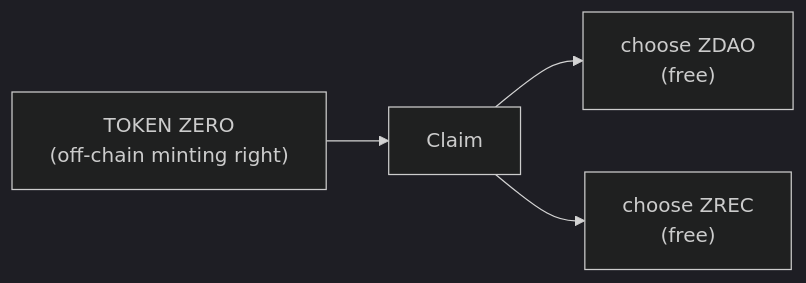
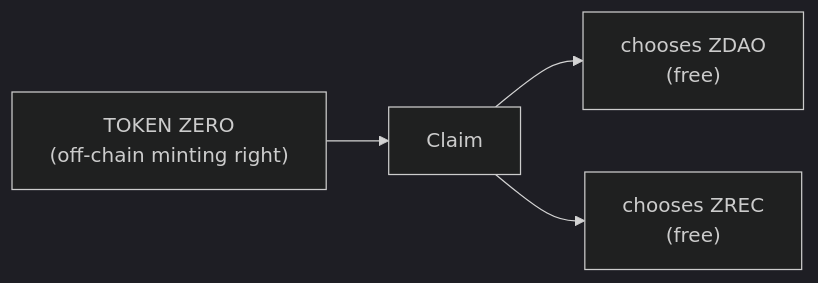
The third of 6 diagrams in docs/business-logic/02-genesis-phase.md (blockvault-ai/zero-energy), drawn with Mermaid (dark theme) before and after one commit. The commit also changed other lines of this file and 3 other files, not shown here.

````diff
--- a/docs/business-logic/02-genesis-phase.md
+++ b/docs/business-logic/02-genesis-phase.md
@@ -66,6 +73,6 @@
 ```mermaid
 flowchart LR
     A["TOKEN ZERO<br/>(off-chain minting right)"] --> B[Claim]
-    B --> C["choose ZDAO<br/>(free)"]
-    B --> D["choose ZREC<br/>(free)"]
+    B --> C["chooses ZDAO<br/>(free)"]
+    B --> D["chooses ZREC<br/>(free)"]
 ```
````
